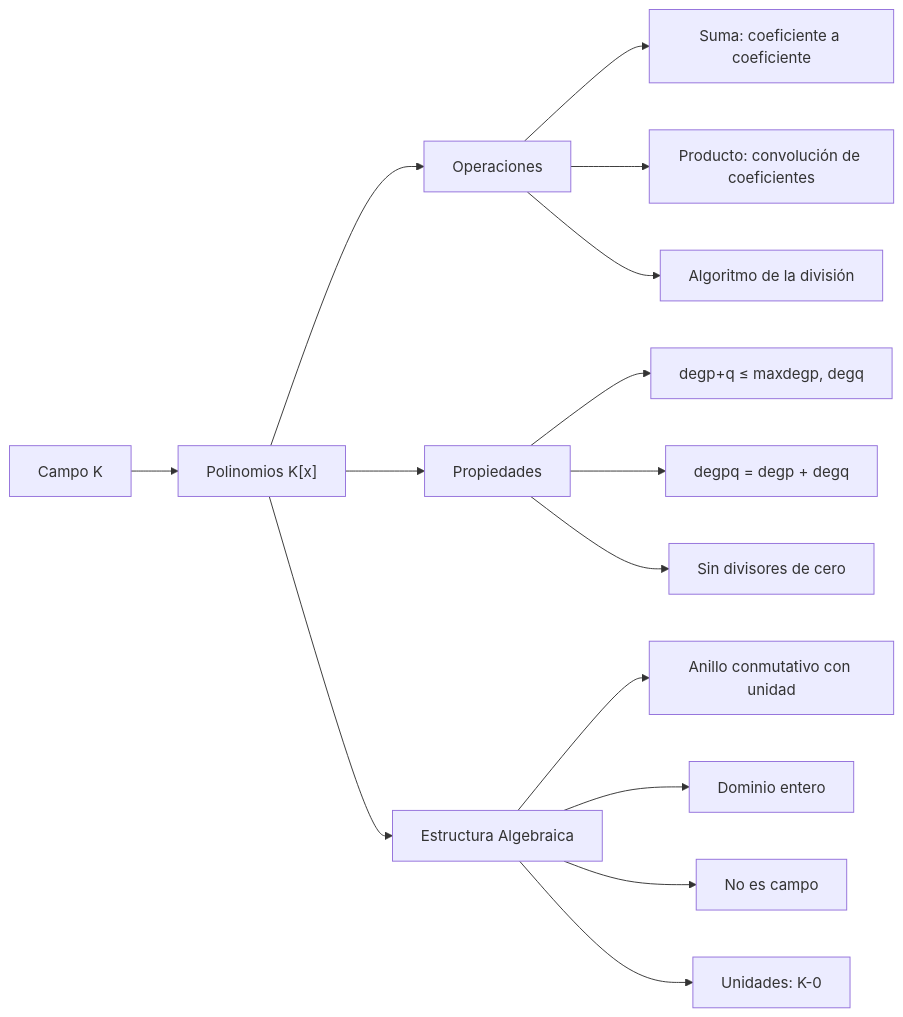
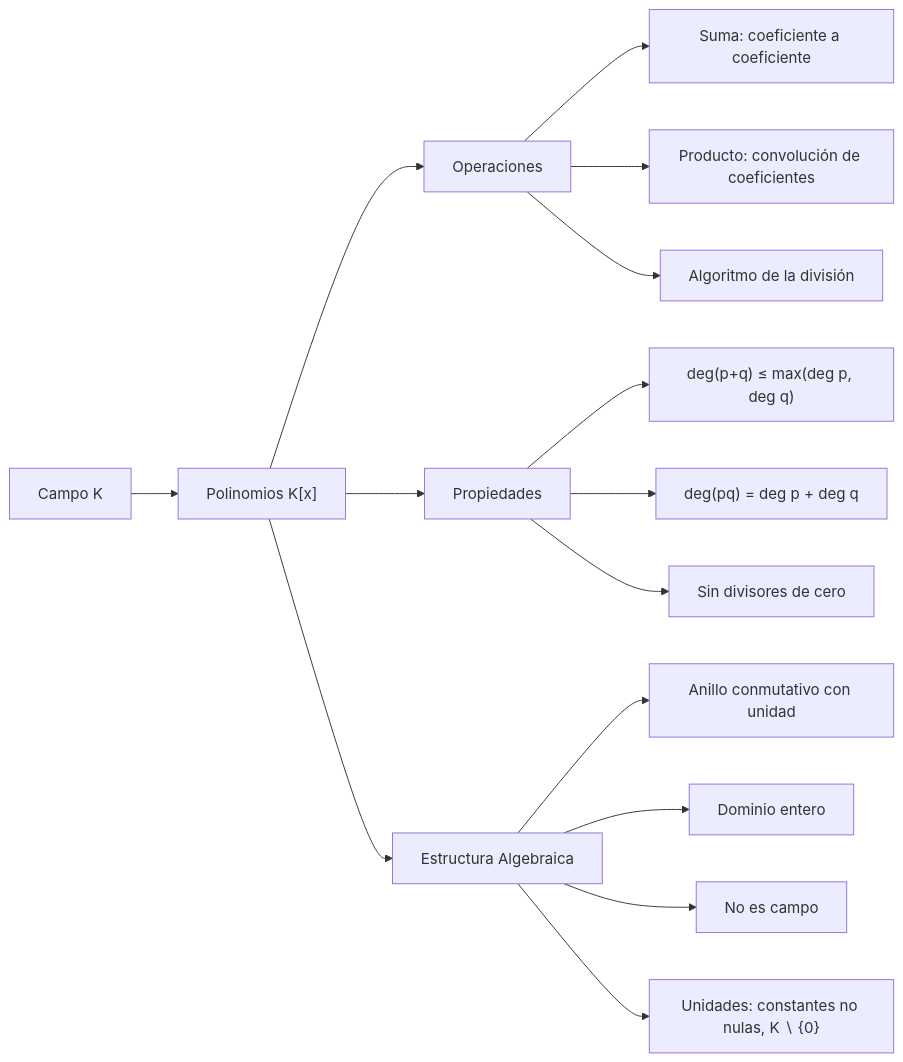
The diagram in public/documents/semester-2/1/2141.md (djaimej/computer-science-template), drawn with Mermaid before and after one commit. The commit also changed other lines of this file and 21 other files, not shown here.

````diff
--- a/public/documents/semester-2/1/2141.md
+++ b/public/documents/semester-2/1/2141.md
@@ -170,24 +170,24 @@
 ```mermaid
 graph LR
     A[Campo K] --> B["Polinomios K[x]"]
     B --> C[Operaciones]
     B --> D[Propiedades]
     B --> E[Estructura Algebraica]
 
     C --> F[Suma: coeficiente a coeficiente]
     C --> G[Producto: convolución de coeficientes]
     C --> H[Algoritmo de la división]
 
-    D --> I[degp+q ≤ maxdegp, degq]
-    D --> J[degpq = degp + degq]
+    D --> I["deg(p+q) ≤ max(deg p, deg q)"]
+    D --> J["deg(pq) = deg p + deg q"]
     D --> K[Sin divisores de cero]
 
     E --> L[Anillo conmutativo con unidad]
     E --> M[Dominio entero]
     E --> N[No es campo]
-    E --> O[Unidades: K-0]
+    E --> O["Unidades: constantes no nulas, K ∖ {0}"]
 
     A:::green
     B:::blue
     E:::red
 ```
````
